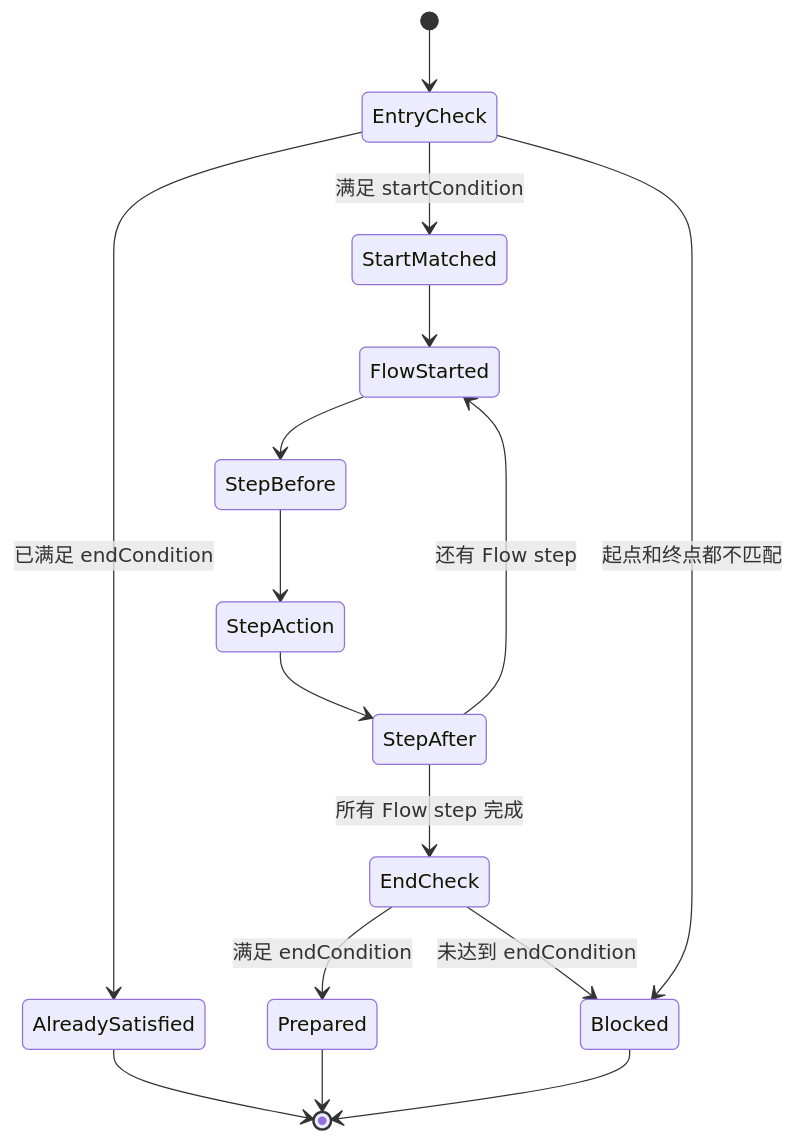
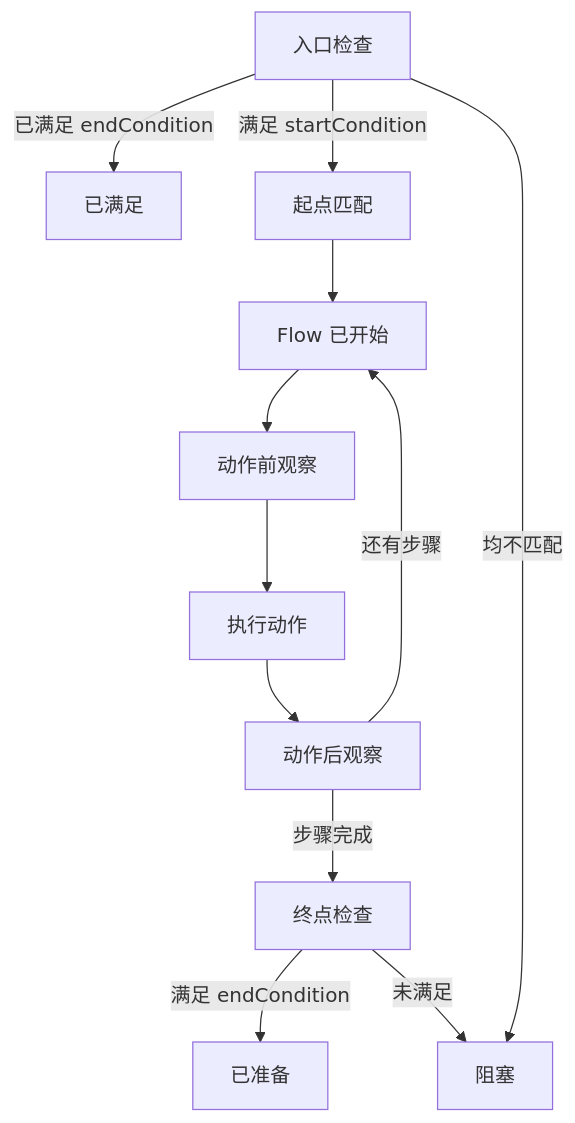
The third of 5 diagrams in skills/mobile-ai-visual-test/docs/architecture.md (lianghuihui-plus/DevKit), drawn with Mermaid before and after one commit. The commit also changed other lines of this file and 34 other files, not shown here.

````diff
--- a/skills/mobile-ai-visual-test/docs/architecture.md
+++ b/skills/mobile-ai-visual-test/docs/architecture.md
@@ -45,18 +50,12 @@
 ```mermaid
-stateDiagram-v2
-  [*] --> EntryCheck
-  EntryCheck --> AlreadySatisfied: 已满足 endCondition
-  EntryCheck --> StartMatched: 满足 startCondition
-  EntryCheck --> Blocked: 起点和终点都不匹配
-  StartMatched --> FlowStarted
-  FlowStarted --> StepBefore
-  StepBefore --> StepAction
-  StepAction --> StepAfter
-  StepAfter --> FlowStarted: 还有 Flow step
-  StepAfter --> EndCheck: 所有 Flow step 完成
-  EndCheck --> Prepared: 满足 endCondition
-  EndCheck --> Blocked: 未达到 endCondition
-  AlreadySatisfied --> [*]
-  Prepared --> [*]
-  Blocked --> [*]
+flowchart TD
+  EntryCheck["入口检查"] -->|已满足 endCondition| AlreadySatisfied["已满足"]
+  EntryCheck -->|满足 startCondition| StartMatched["起点匹配"]
+  EntryCheck -->|均不匹配| Blocked["阻塞"]
+  StartMatched --> FlowStarted["Flow 已开始"]
+  FlowStarted --> StepBefore["动作前观察"] --> StepAction["执行动作"] --> StepAfter["动作后观察"]
+  StepAfter -->|还有步骤| FlowStarted
+  StepAfter -->|步骤完成| EndCheck["终点检查"]
+  EndCheck -->|满足 endCondition| Prepared["已准备"]
+  EndCheck -->|未满足| Blocked
 ```
````
